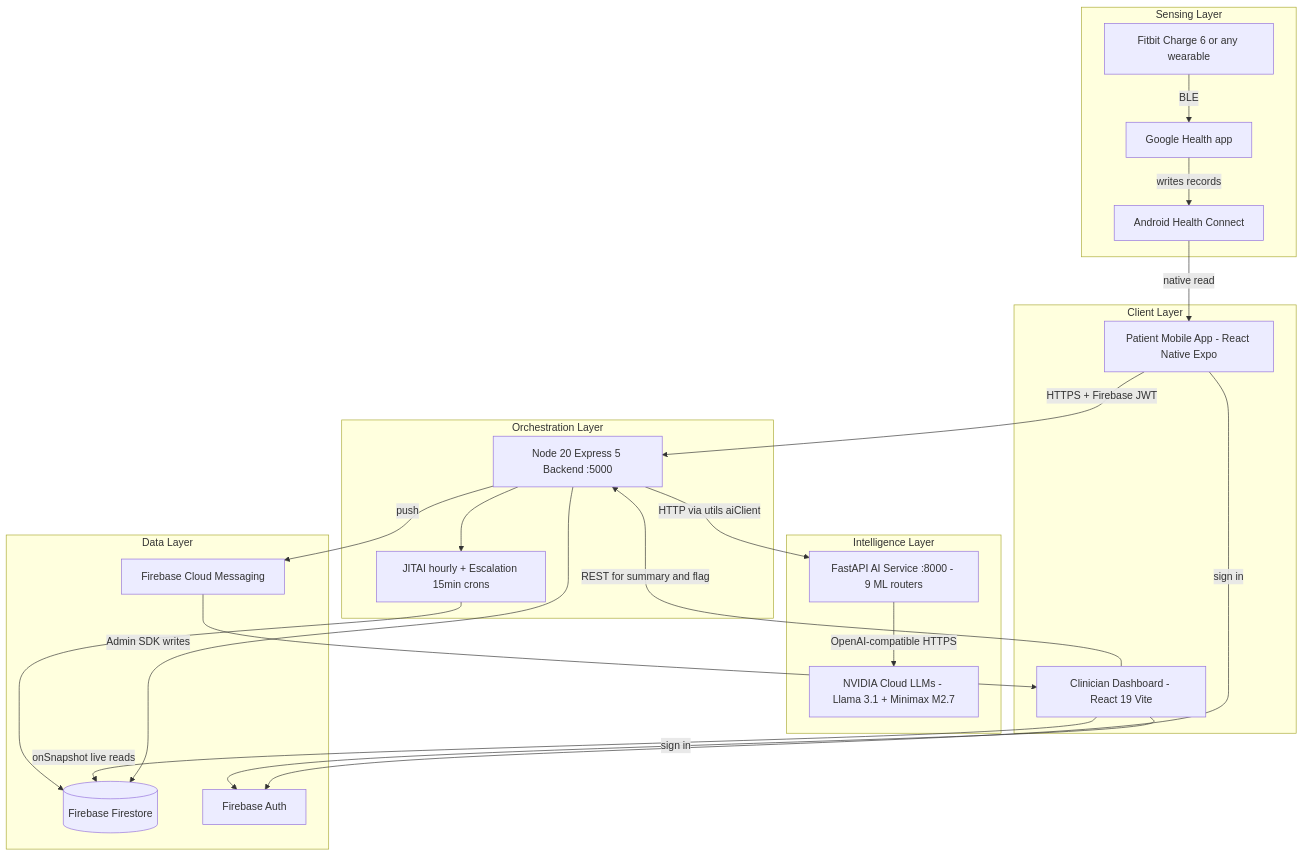
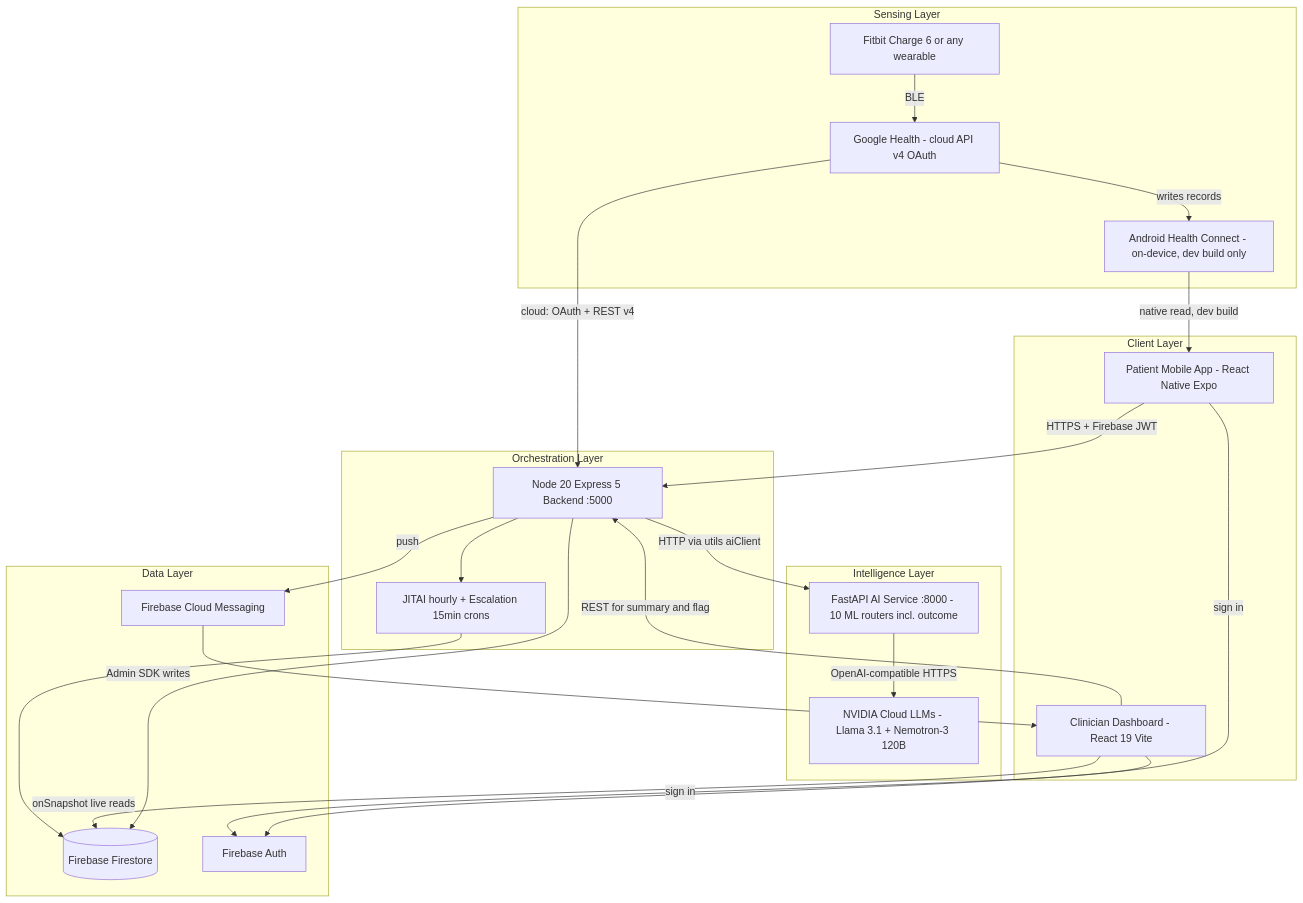
One commit to KARTHIKAKRISHNA123/niranthara-ai-powered-mental-health-continuity changed the first of 13 diagrams in README.md. Above: the diagram before and after it, drawn with Mermaid. The commit also changed other lines of this file and 59 other files, not shown here.

Commit message:
feat: Improved Architecture

````diff
--- a/README.md
+++ b/README.md
@@ -79,37 +79,39 @@
 ```mermaid
 graph TD
   subgraph Sensing["Sensing Layer"]
     Watch[Fitbit Charge 6 or any wearable]
-    GHealth[Google Health app]
-    HC[Android Health Connect]
+    GHealth[Google Health - cloud API v4 OAuth]
+    HC[Android Health Connect - on-device, dev build only]
   end
   subgraph Clients["Client Layer"]
     Mob[Patient Mobile App - React Native Expo]
     Dash[Clinician Dashboard - React 19 Vite]
   end
   subgraph Orchestration["Orchestration Layer"]
     BE[Node 20 Express 5 Backend :5000]
     Crons[JITAI hourly + Escalation 15min crons]
   end
   subgraph Intelligence["Intelligence Layer"]
-    AIS[FastAPI AI Service :8000 - 9 ML routers]
-    NV[NVIDIA Cloud LLMs - Llama 3.1 + Minimax M2.7]
+    AIS[FastAPI AI Service :8000 - 10 ML routers incl. outcome]
+    NV[NVIDIA Cloud LLMs - Llama 3.1 + Nemotron-3 120B]
   end
   subgraph Data["Data Layer"]
     FS[(Firebase Firestore)]
     Auth[Firebase Auth]
     FCM[Firebase Cloud Messaging]
   end
 
-  Watch -->|"BLE"| GHealth -->|"writes records"| HC -->|"native read"| Mob
+  Watch -->|"BLE"| GHealth
+  GHealth -->|"cloud: OAuth + REST v4"| BE
+  GHealth -->|"writes records"| HC -->|"native read, dev build"| Mob
   Mob -->|"HTTPS + Firebase JWT"| BE
   BE -->|"HTTP via utils aiClient"| AIS
   AIS -->|"OpenAI-compatible HTTPS"| NV
   BE -->|"Admin SDK writes"| FS
   Dash -->|"onSnapshot live reads"| FS
   Dash -->|"REST for summary and flag"| BE
   BE --> Crons --> FS
   BE -->|"push"| FCM --> Dash
   Mob -->|"sign in"| Auth
   Dash -->|"sign in"| Auth
 ```
````
